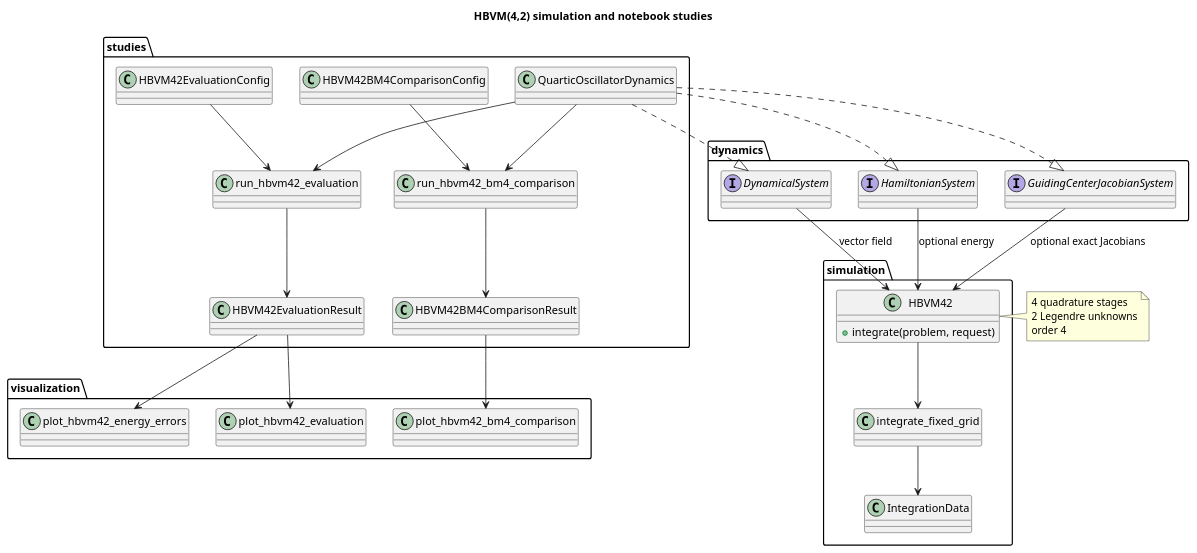
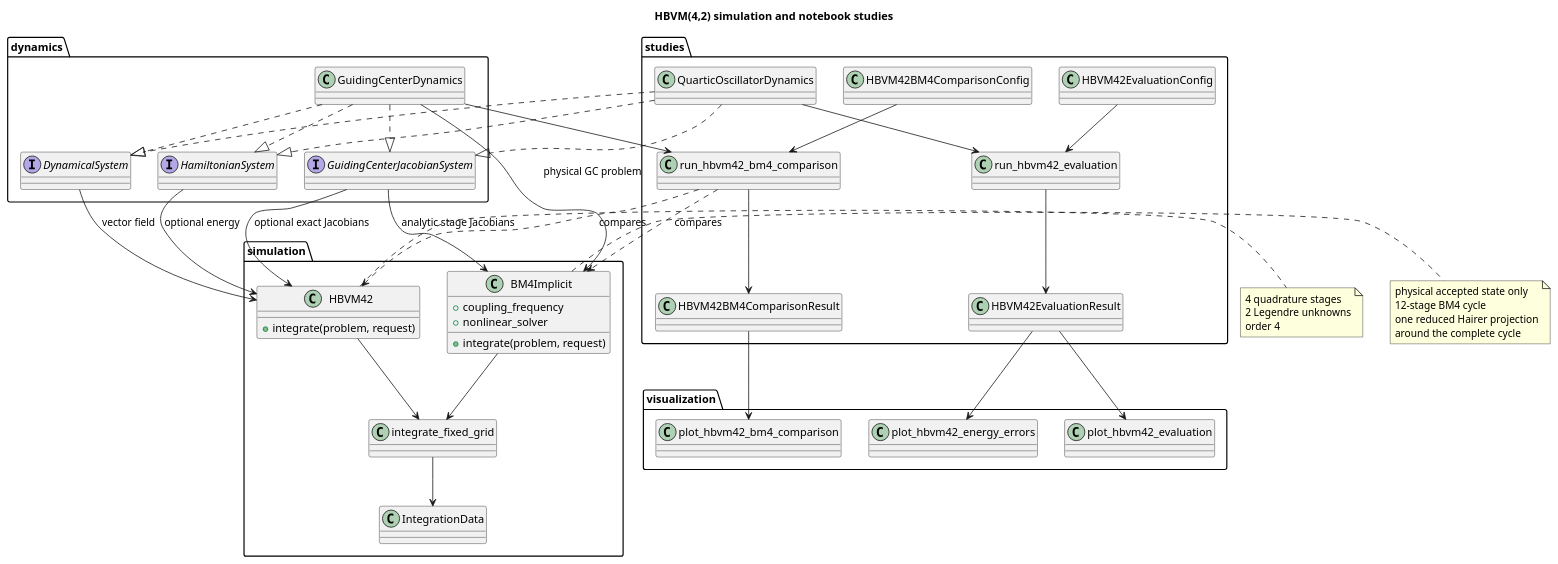
Before and after one commit to Jugibe-52/GC2D_intranet: the diagram in docs/models/hbvm42/simulation/hbvm42-simulation-architecture.puml, drawn with PlantUML. The commit also changed 144 other files, not shown here.

Commit message:
Refactor project architecture and streamline numerical workflows

```diff
--- a/docs/models/hbvm42/simulation/hbvm42-simulation-architecture.puml
+++ b/docs/models/hbvm42/simulation/hbvm42-simulation-architecture.puml
@@ -1,60 +1,81 @@
 @startuml
 title HBVM(4,2) simulation and notebook studies
 
 package simulation {
   class HBVM42 {
+    +integrate(problem, request)
+  }
+  class BM4Implicit {
+    +coupling_frequency
+    +nonlinear_solver
     +integrate(problem, request)
   }
   class "integrate_fixed_grid" as FixedGrid
   class IntegrationData
 }
 
 package dynamics {
   interface DynamicalSystem
   interface HamiltonianSystem
   interface GuidingCenterJacobianSystem
+  class GuidingCenterDynamics
 }
 
 package studies {
   class HBVM42EvaluationConfig
   class HBVM42EvaluationResult
   class HBVM42BM4ComparisonConfig
   class HBVM42BM4ComparisonResult
   class QuarticOscillatorDynamics
   class "run_hbvm42_evaluation" as IndividualStudy
   class "run_hbvm42_bm4_comparison" as ComparisonStudy
 }
 
 package visualization {
   class "plot_hbvm42_evaluation" as IndividualPlot
   class "plot_hbvm42_energy_errors" as EnergyPlot
   class "plot_hbvm42_bm4_comparison" as ComparisonPlot
 }
 
 DynamicalSystem --> HBVM42 : vector field
 HamiltonianSystem --> HBVM42 : optional energy
 GuidingCenterJacobianSystem --> HBVM42 : optional exact Jacobians
 HBVM42 --> FixedGrid
+GuidingCenterDynamics --> BM4Implicit : physical GC problem
+GuidingCenterJacobianSystem --> BM4Implicit : analytic stage Jacobians
+BM4Implicit --> FixedGrid
 FixedGrid --> IntegrationData
 
 QuarticOscillatorDynamics ..|> DynamicalSystem
 QuarticOscillatorDynamics ..|> HamiltonianSystem
 QuarticOscillatorDynamics ..|> GuidingCenterJacobianSystem
+GuidingCenterDynamics ..|> DynamicalSystem
+GuidingCenterDynamics ..|> HamiltonianSystem
+GuidingCenterDynamics ..|> GuidingCenterJacobianSystem
 
 HBVM42EvaluationConfig --> IndividualStudy
 QuarticOscillatorDynamics --> IndividualStudy
 IndividualStudy --> HBVM42EvaluationResult
 HBVM42EvaluationResult --> IndividualPlot
 HBVM42EvaluationResult --> EnergyPlot
 
 HBVM42BM4ComparisonConfig --> ComparisonStudy
-QuarticOscillatorDynamics --> ComparisonStudy
+GuidingCenterDynamics --> ComparisonStudy
+ComparisonStudy ..> HBVM42 : compares
+ComparisonStudy ..> BM4Implicit : compares
 ComparisonStudy --> HBVM42BM4ComparisonResult
 HBVM42BM4ComparisonResult --> ComparisonPlot
 
 note right of HBVM42
   4 quadrature stages
   2 Legendre unknowns
   order 4
 end note
+
+note right of BM4Implicit
+  physical accepted state only
+  12-stage BM4 cycle
+  one reduced Hairer projection
+  around the complete cycle
+end note
 @enduml
```
